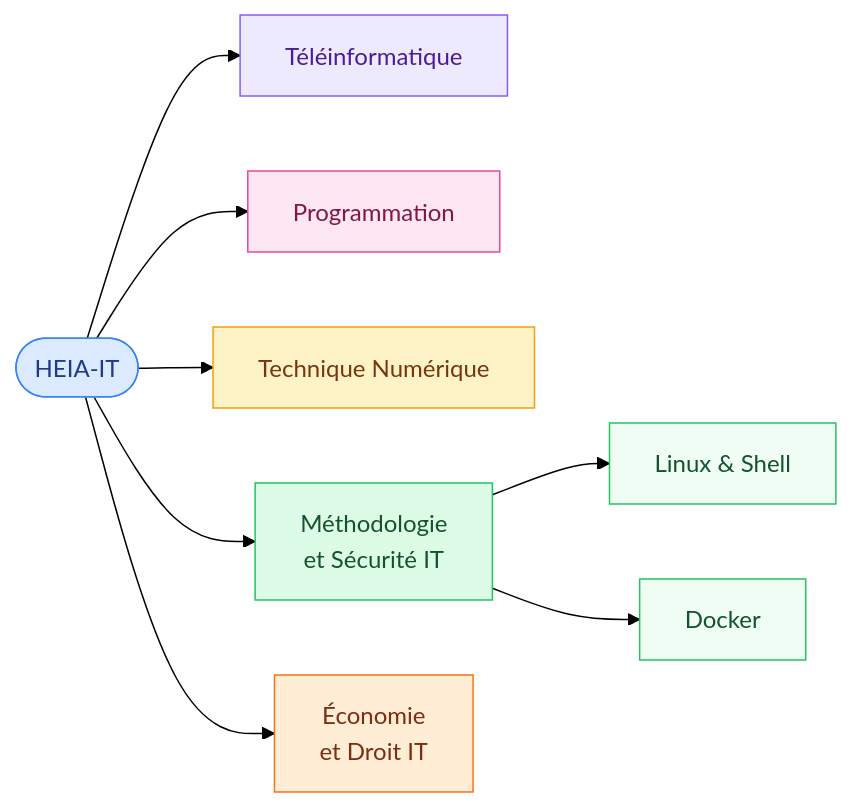
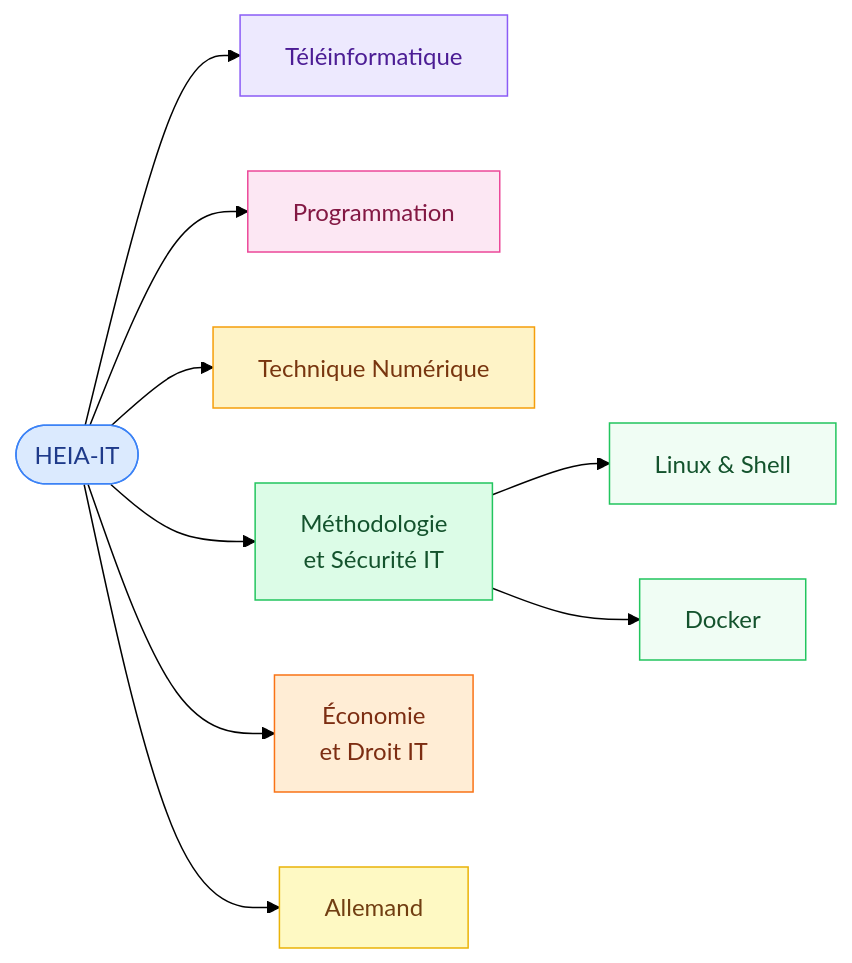
One commit to GoobyWoobies/HEIA-IT changed the diagram in README.md. Above: the diagram before and after it, drawn with Mermaid (forest theme). The commit also changed other lines of this file and 12 other files, not shown here.

````diff
--- a/README.md
+++ b/README.md
@@ -34,19 +34,21 @@
 ```mermaid
 flowchart LR
     H(["HEIA-IT"]) --> T["Téléinformatique"]
     H --> P["Programmation"]
     H --> N["Technique Numérique"]
     H --> M["Méthodologie<br/>et Sécurité IT"]
     M --> L["Linux & Shell"]
     M --> D["Docker"]
     H --> E["Économie<br/>et Droit IT"]
+    H --> AL["Allemand"]
 
     style H fill:#dbeafe,stroke:#3b82f6,color:#1e3a8a
     style T fill:#ede9fe,stroke:#8b5cf6,color:#4c1d95
     style P fill:#fce7f3,stroke:#ec4899,color:#831843
     style N fill:#fef3c7,stroke:#f59e0b,color:#78350f
     style M fill:#dcfce7,stroke:#22c55e,color:#14532d
     style L fill:#f0fdf4,stroke:#22c55e,color:#14532d
     style D fill:#f0fdf4,stroke:#22c55e,color:#14532d
     style E fill:#ffedd5,stroke:#f97316,color:#7c2d12
+    style AL fill:#fef9c3,stroke:#eab308,color:#713f12
 ```
````
